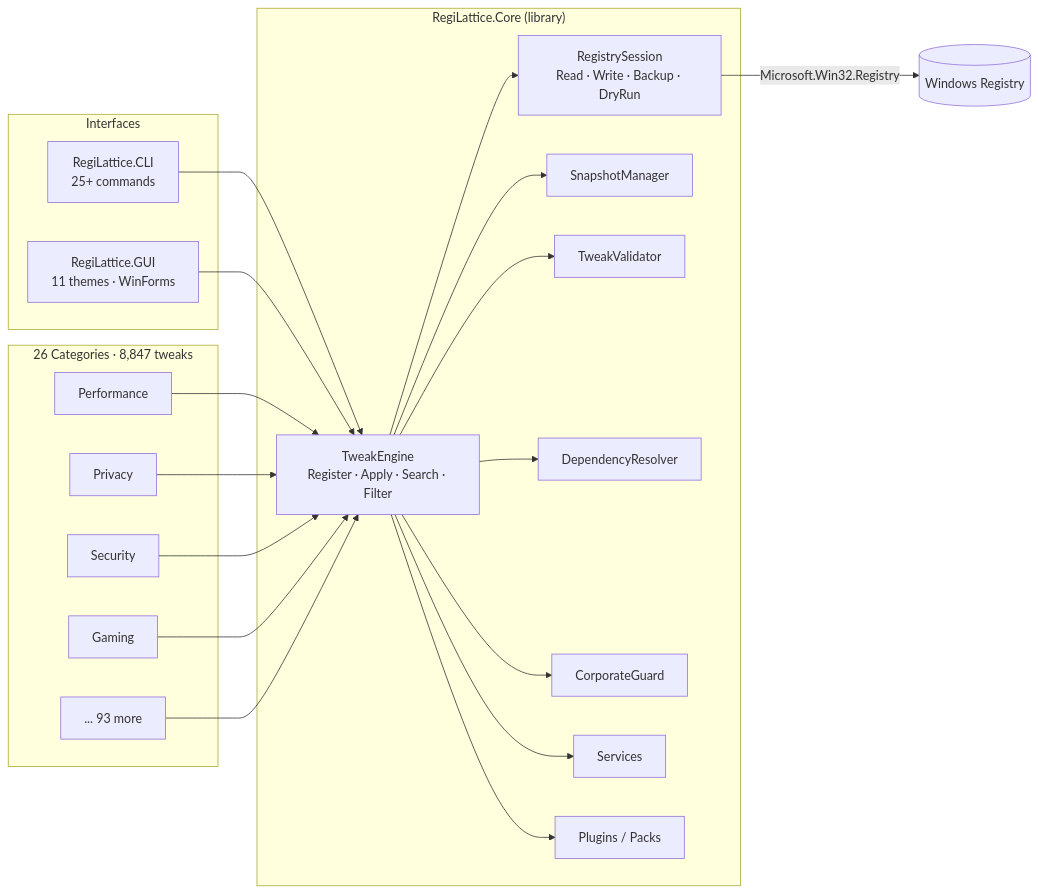
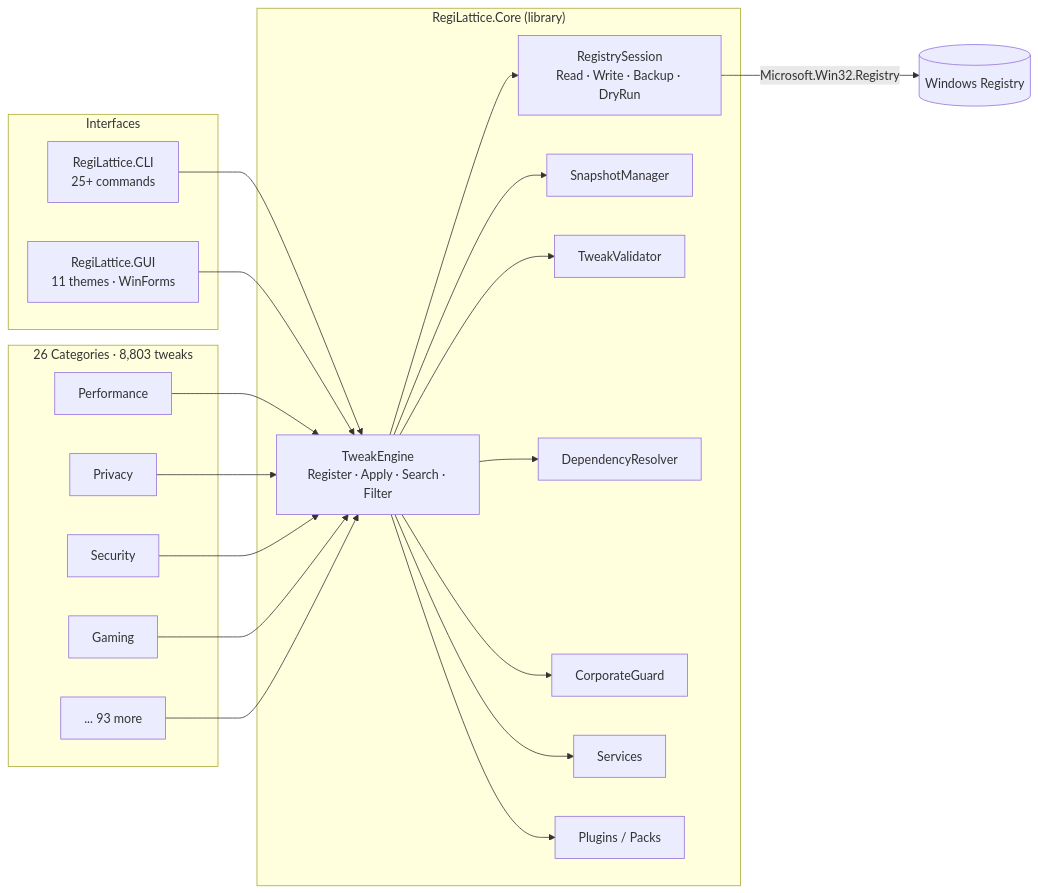
Before and after one commit to RajwanYair/RegiLattice: the first of 2 diagrams in README.md, drawn with Mermaid. The commit also changed other lines of this file and 16 other files, not shown here.

````diff
--- a/README.md
+++ b/README.md
@@ -88,38 +88,38 @@
 ```mermaid
 graph LR
     subgraph Interfaces
         CLI[RegiLattice.CLI<br/>25+ commands]
         GUI[RegiLattice.GUI<br/>11 themes · WinForms]
     end
 
     subgraph Core["RegiLattice.Core (library)"]
         TE[TweakEngine<br/>Register · Apply · Search · Filter]
         RS[RegistrySession<br/>Read · Write · Backup · DryRun]
         SM[SnapshotManager]
         TV[TweakValidator]
         DR[DependencyResolver]
         CG[CorporateGuard]
         SV[Services]
         PM[Plugins / Packs]
     end
 
-    subgraph Tweaks["26 Categories · 8,847 tweaks"]
+    subgraph Tweaks["26 Categories · 8,803 tweaks"]
         T1[Performance]
         T2[Privacy]
         T3[Security]
         T4[Gaming]
         TN[... 93 more]
     end
 
     CLI --> TE
     GUI --> TE
     TE --> RS
     TE --> SM
     TE --> TV
     TE --> DR
     TE --> CG
     TE --> SV
     TE --> PM
     T1 & T2 & T3 & T4 & TN --> TE
     RS -->|Microsoft.Win32.Registry| WR[(Windows Registry)]
 ```
````
